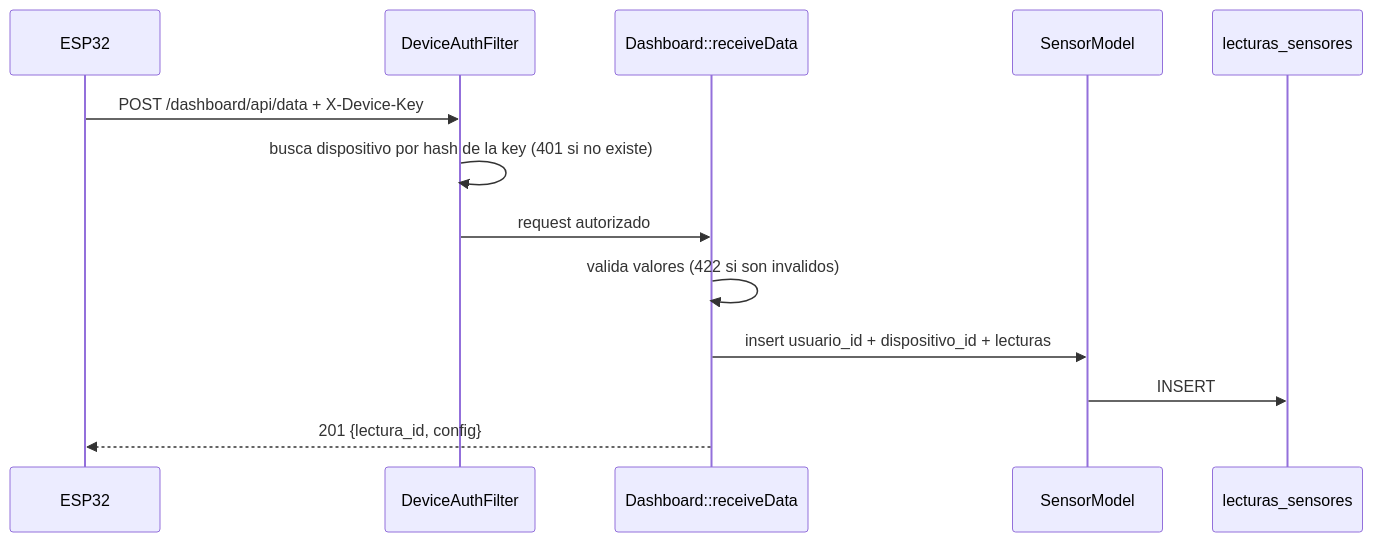
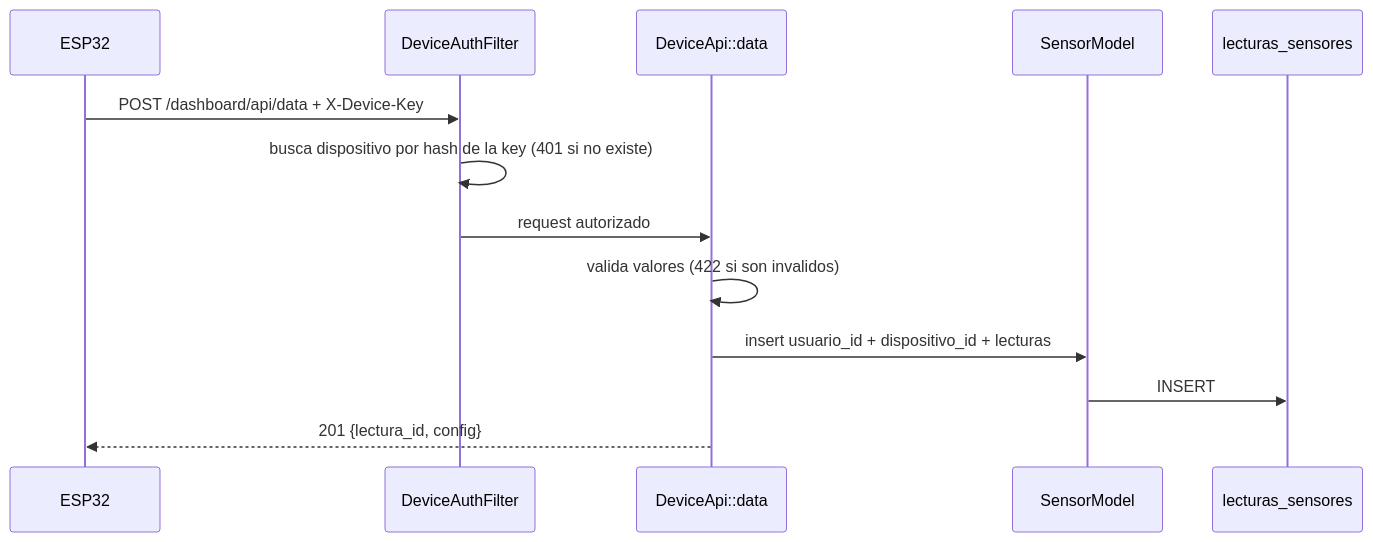
One commit to TuVieja22/AquaControl changed the sixth of 10 diagrams in BACKEND_DOCUMENTACION.md. Above: the diagram before and after it, drawn with Mermaid. The commit also changed other lines of this file and 10 other files, not shown here.

````diff
--- a/BACKEND_DOCUMENTACION.md
+++ b/BACKEND_DOCUMENTACION.md
@@ -937,15 +957,15 @@
 ```mermaid
 sequenceDiagram
     participant C as ESP32
     participant F as DeviceAuthFilter
-    participant D as Dashboard::receiveData
+    participant D as DeviceApi::data
     participant S as SensorModel
     participant DB as lecturas_sensores
     C->>F: POST /dashboard/api/data + X-Device-Key
     F->>F: busca dispositivo por hash de la key (401 si no existe)
     F->>D: request autorizado
     D->>D: valida valores (422 si son invalidos)
     D->>S: insert usuario_id + dispositivo_id + lecturas
     S->>DB: INSERT
     D-->>C: 201 {lectura_id, config}
 ```
````
